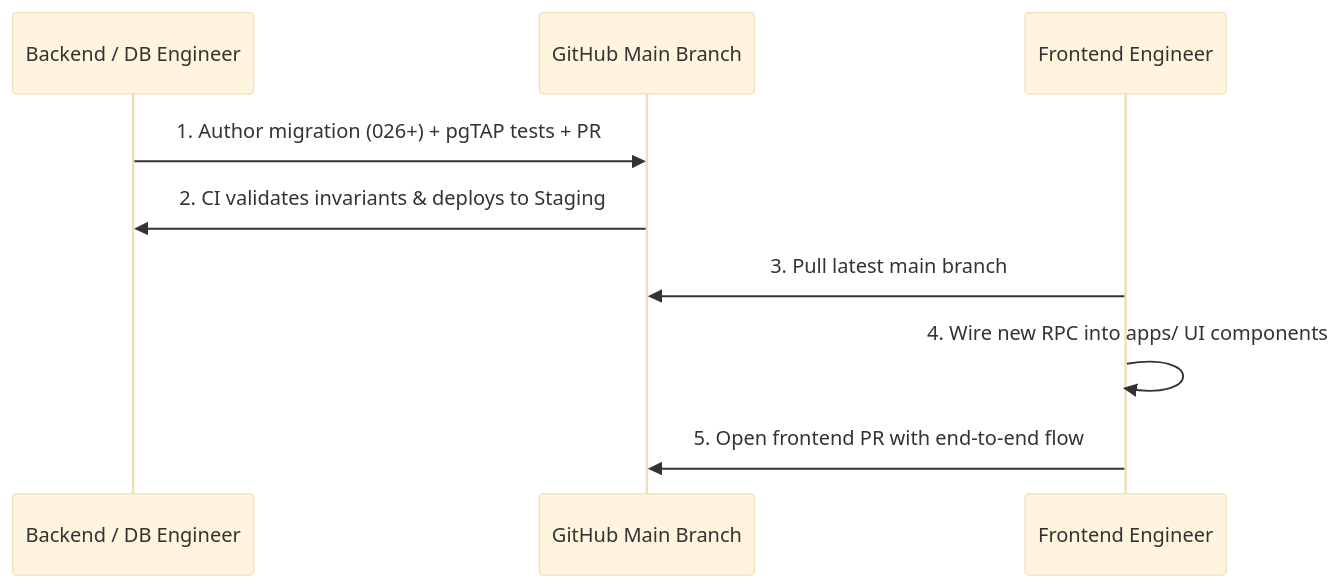
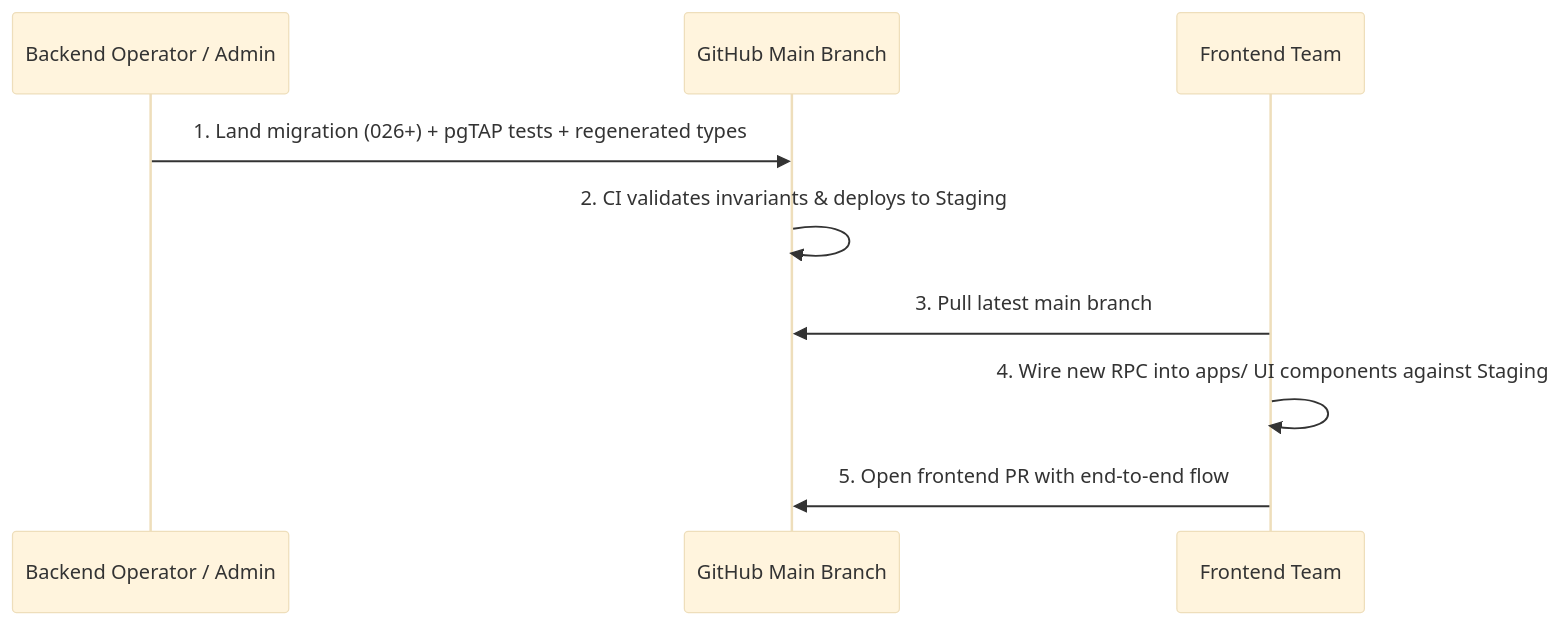
One commit to Dhruv6576/Ewrone changed the diagram in docs/TEAM_ONBOARDING.md. Above: the diagram before and after it, drawn with Mermaid (base theme). The commit also changed other lines of this file and 4 other files, not shown here.

Commit message:
feat(round30): hosted-backend-first workflow, staging seed, and docker-free docs

````diff
--- a/docs/TEAM_ONBOARDING.md
+++ b/docs/TEAM_ONBOARDING.md
@@ -117,12 +144,12 @@
 ```mermaid
 sequenceDiagram
-    participant Backend as Backend / DB Engineer
+    participant Operator as Backend Operator / Admin
     participant GitHub as GitHub Main Branch
-    participant Frontend as Frontend Engineer
+    participant Frontend as Frontend Team
 
-    Backend->>GitHub: 1. Author migration (026+) + pgTAP tests + PR
-    GitHub->>Backend: 2. CI validates invariants & deploys to Staging
+    Operator->>GitHub: 1. Land migration (026+) + pgTAP tests + regenerated types
+    GitHub->>GitHub: 2. CI validates invariants & deploys to Staging
     Frontend->>GitHub: 3. Pull latest main branch
-    Frontend->>Frontend: 4. Wire new RPC into apps/ UI components
+    Frontend->>Frontend: 4. Wire new RPC into apps/ UI components against Staging
     Frontend->>GitHub: 5. Open frontend PR with end-to-end flow
 ```
````
